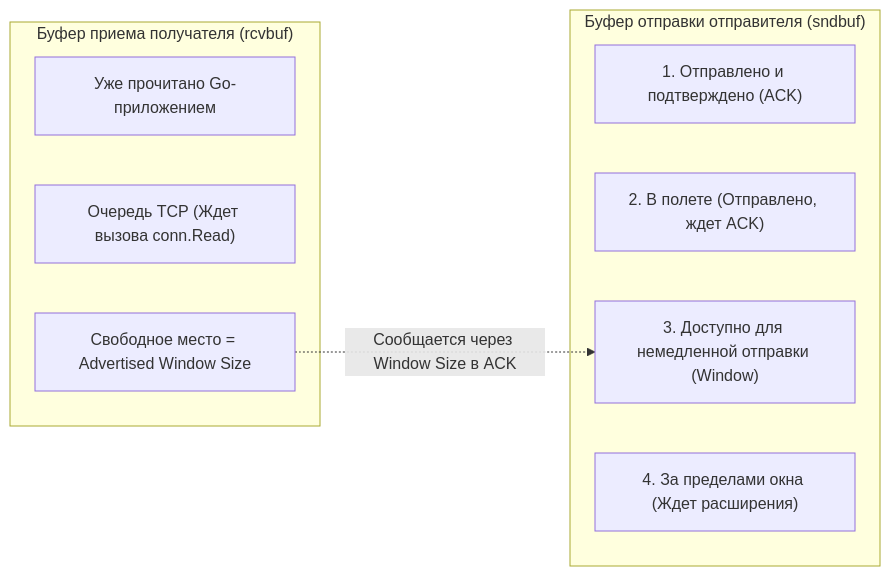
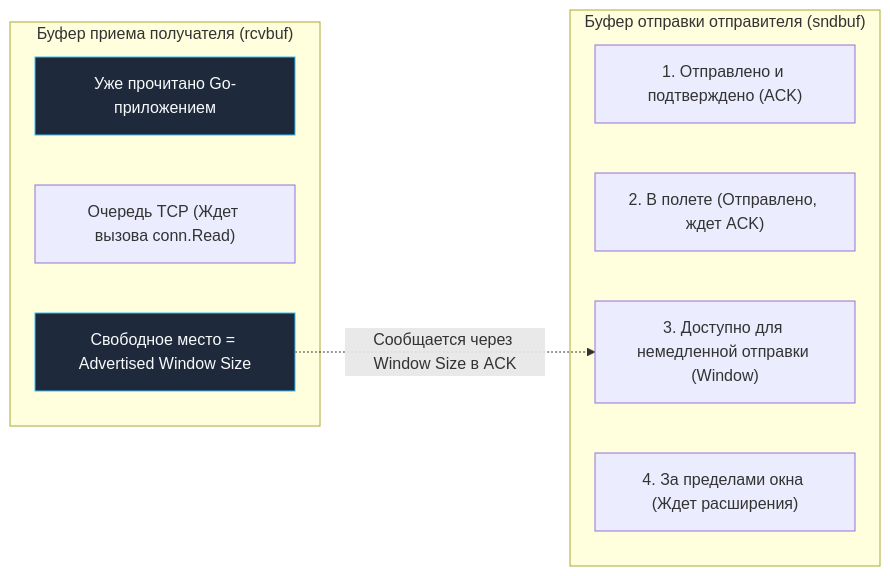
Before and after one commit to UnrealTemplier/go-textbook: the second of 5 diagrams in sources/3. Компьютерные сети и сетевой стек/11. TCP Handshake, Flow Control и Congestion Control.md, drawn with Mermaid. The commit also changed other lines of this file and 1666 other files, not shown here.

First line of the commit message:
feat(mermaid): add semantic color classDef to 1369 colorless flowchart/graph diagrams

````diff
--- a/sources/3. Компьютерные сети и сетевой стек/11. TCP Handshake, Flow Control и Congestion Control.md
+++ b/sources/3. Компьютерные сети и сетевой стек/11. TCP Handshake, Flow Control и Congestion Control.md
@@ -119,17 +119,27 @@
 ```mermaid
 flowchart LR
+    classDef process  fill:#1e293b,stroke:#38bdf8,stroke-width:1px,color:#f8fafc
+    classDef success  fill:#064e3b,stroke:#34d399,stroke-width:1px,color:#f8fafc
+    classDef error    fill:#7f1d1d,stroke:#f87171,stroke-width:1px,color:#f8fafc
+    classDef warning  fill:#78350f,stroke:#fbbf24,stroke-width:1px,color:#f8fafc
+    classDef entry    fill:#1e3a5f,stroke:#38bdf8,stroke-width:2px,color:#f8fafc
+    classDef aux      fill:#334155,stroke:#64748b,stroke-width:1px,color:#f8fafc
+    classDef system   fill:#312e81,stroke:#a78bfa,stroke-width:1px,color:#f8fafc
+    classDef data     fill:#132d29,stroke:#2dd4bf,stroke-width:1px,color:#f8fafc
+    classDef network  fill:#881337,stroke:#fb7185,stroke-width:1px,color:#f8fafc
+    classDef accent   fill:#1e1b4b,stroke:#818cf8,stroke-width:1px,color:#f8fafc
     subgraph SenderBuffer ["Буфер отправки отправителя (sndbuf)"]
         SentAcked["1. Отправлено и подтверждено (ACK)"]
         SentUnacked["2. В полете (Отправлено, ждет ACK)"]
         UsableWindow["3. Доступно для немедленной отправки (Window)"]
         CannotSend["4. За пределами окна (Ждет расширения)"]
     end
 
     subgraph ReceiverBuffer ["Буфер приема получателя (rcvbuf)"]
-        AppRead["Уже прочитано Go-приложением"]
+        AppRead["Уже прочитано Go-приложением"]:::process
         RcvQueue["Очередь TCP (Ждет вызова conn.Read)"]
-        FreeSpace["Свободное место = Advertised Window Size"]
+        FreeSpace["Свободное место = Advertised Window Size"]:::process
     end
 
     FreeSpace -.->|Сообщается через Window Size в ACK| UsableWindow
 ```
````
